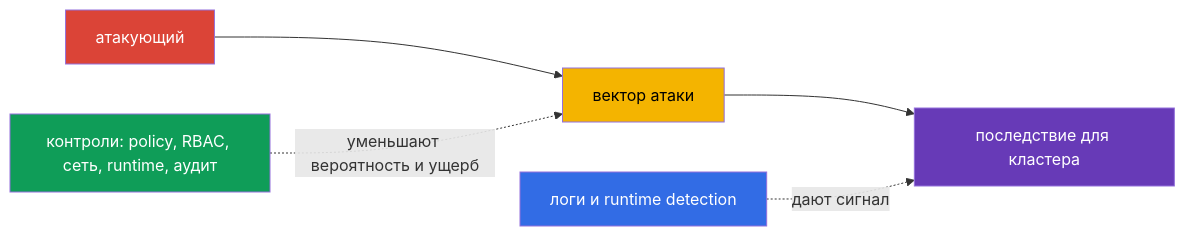
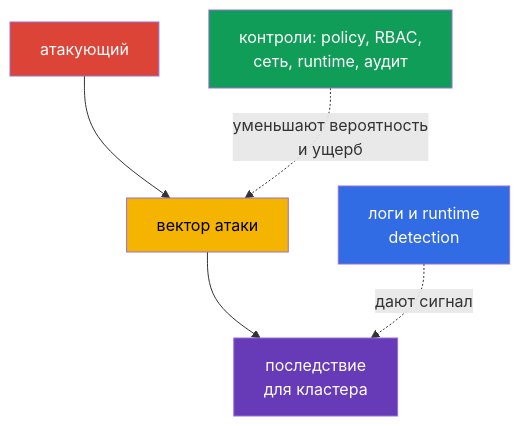
Before and after one commit to ViktorUJ/cks: the first of 2 diagrams in tasks/kcsa/course/16/ru.md, drawn with Mermaid. The commit also changed other lines of this file and 60 other files, not shown here.

````diff
--- a/tasks/kcsa/course/16/ru.md
+++ b/tasks/kcsa/course/16/ru.md
@@ -9,12 +9,12 @@
 ```mermaid
-flowchart LR
+flowchart TB
     attacker["атакующий"] --> vector["вектор атаки"]
-    vector --> impact["последствие для кластера"]
-    controls["контроли: policy, RBAC, сеть, runtime, аудит"] -. "уменьшают вероятность и ущерб" .-> vector
-    detect["логи и runtime detection"] -. "дают сигнал" .-> impact
+    vector --> impact["последствие<br/>для кластера"]
+    controls["контроли: policy, RBAC,<br/>сеть, runtime, аудит"] -. "уменьшают вероятность<br/>и ущерб" .-> vector
+    detect["логи и runtime<br/>detection"] -. "дают сигнал" .-> impact
     style attacker fill:#db4437,color:#fff
     style vector fill:#f4b400,color:#000
     style impact fill:#673ab7,color:#fff
     style controls fill:#0f9d58,color:#fff
     style detect fill:#326ce5,color:#fff
 ```
````
